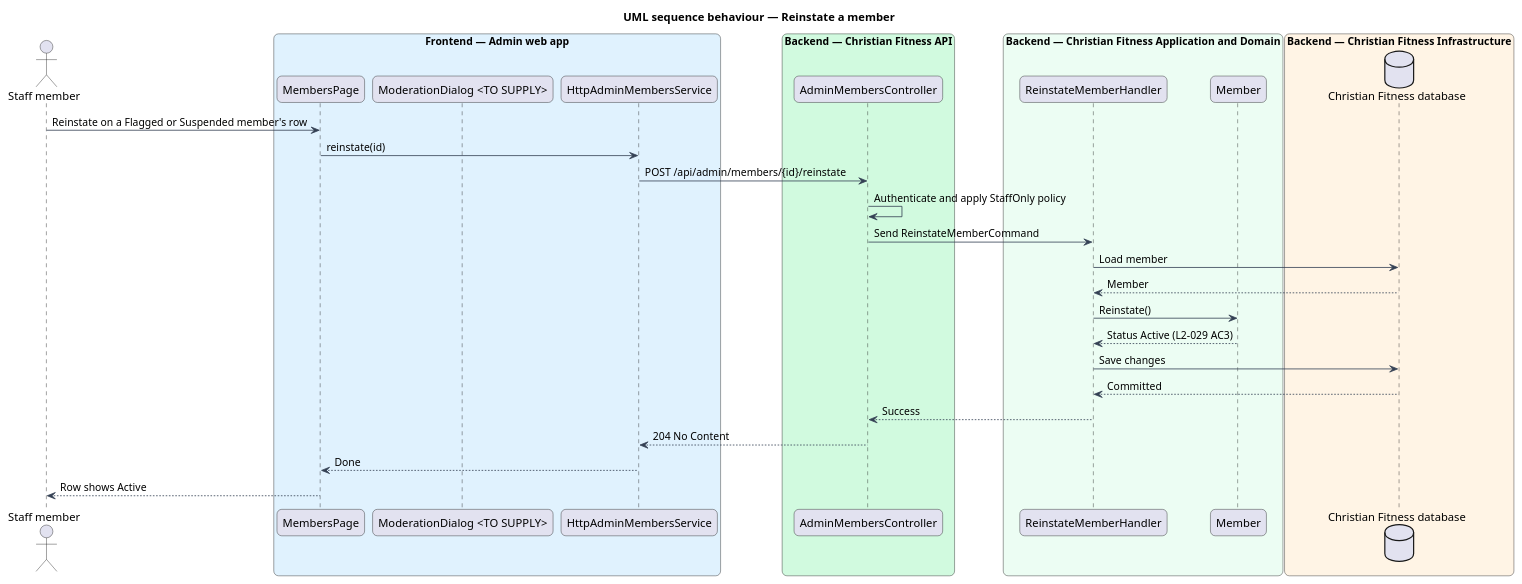
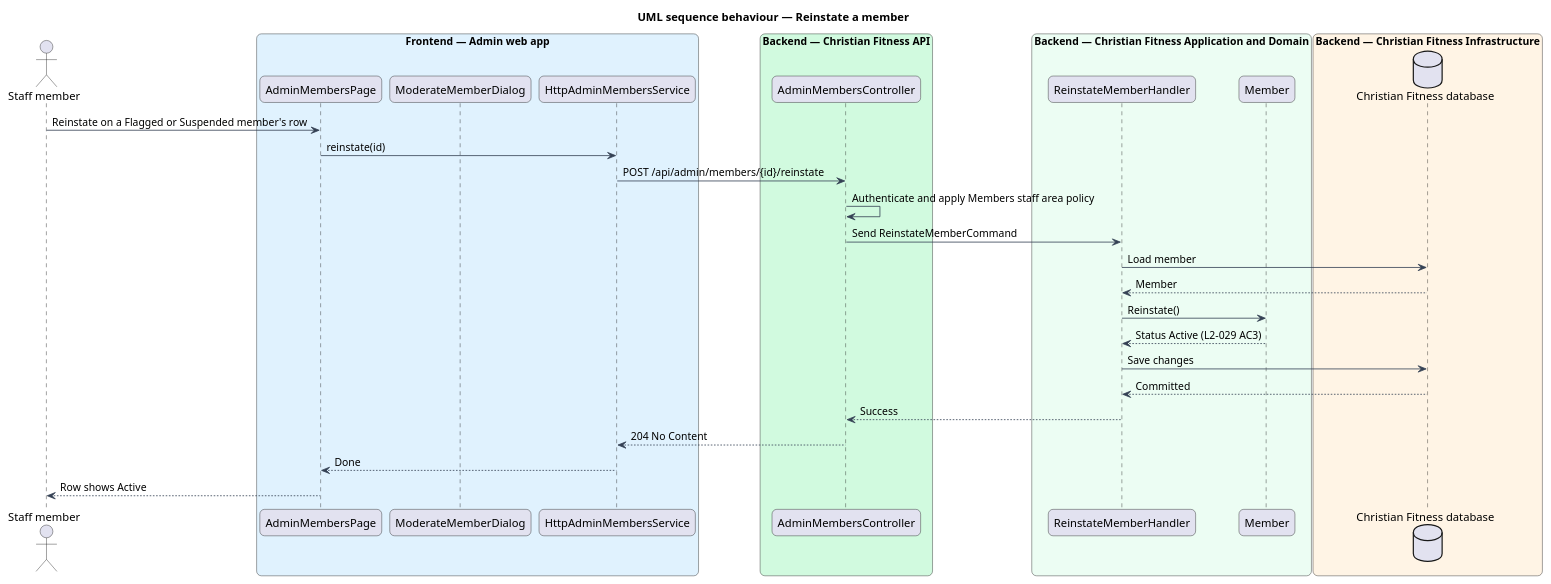
One commit to QuinntyneBrown/christian-fitness changed the diagram in docs/detailed-designs/admin-moderation/flag-suspend-reinstate-members/diagrams/sequence-reinstate.puml. Above: the diagram before and after it, drawn with PlantUML. The commit also changed 17 other files, not shown here.

First line of the commit message:
Record slice 27.1's lessons, progress and diagrams

```diff
--- a/docs/detailed-designs/admin-moderation/flag-suspend-reinstate-members/diagrams/sequence-reinstate.puml
+++ b/docs/detailed-designs/admin-moderation/flag-suspend-reinstate-members/diagrams/sequence-reinstate.puml
@@ -1,48 +1,48 @@
 @startuml
 title UML sequence behaviour — Reinstate a member
 skinparam backgroundColor #FFFFFF
 skinparam shadowing false
 skinparam roundcorner 12
 skinparam defaultFontName Arial
 skinparam ArrowColor #344054
 skinparam rectangle {
   BorderColor #344054
   FontColor #101828
 }
 skinparam package {
   BorderColor #667085
   FontColor #101828
   BackgroundColor #F9FAFB
 }
 actor "Staff member" as actor
 box "Frontend — Admin web app" #E0F2FE
-  participant "MembersPage" as page
-  participant "ModerationDialog <TO SUPPLY>" as dlg
+  participant "AdminMembersPage" as page
+  participant "ModerateMemberDialog" as dlg
   participant "HttpAdminMembersService" as client
 end box
 box "Backend — Christian Fitness API" #D1FADF
   participant "AdminMembersController" as ctrl
 end box
 box "Backend — Christian Fitness Application and Domain" #ECFDF3
   participant "ReinstateMemberHandler" as h
   participant "Member" as ent
 end box
 box "Backend — Christian Fitness Infrastructure" #FFF4E5
   database "Christian Fitness database" as db
 end box
 actor -> page : Reinstate on a Flagged or Suspended member's row
 page -> client : reinstate(id)
 client -> ctrl : POST /api/admin/members/{id}/reinstate
-ctrl -> ctrl : Authenticate and apply StaffOnly policy
+ctrl -> ctrl : Authenticate and apply Members staff area policy
 ctrl -> h : Send ReinstateMemberCommand
 h -> db : Load member
 db --> h : Member
 h -> ent : Reinstate()
 ent --> h : Status Active (L2-029 AC3)
 h -> db : Save changes
 db --> h : Committed
 h --> ctrl : Success
 ctrl --> client : 204 No Content
 client --> page : Done
 page --> actor : Row shows Active
 @enduml
```
